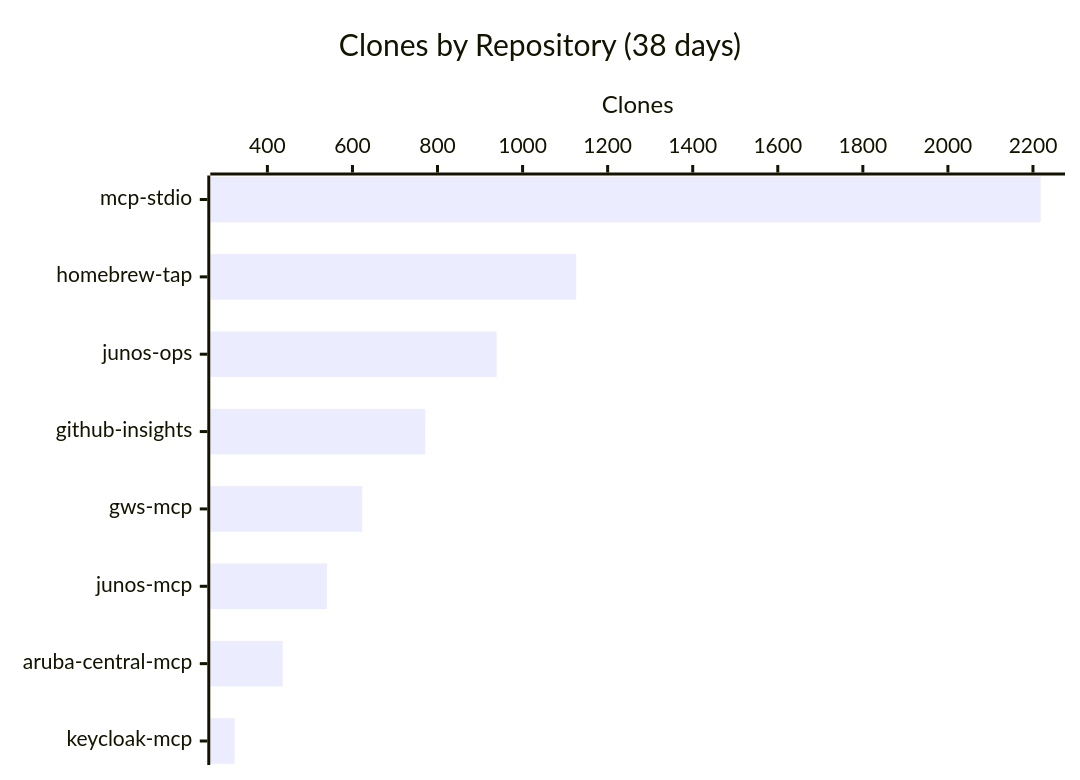
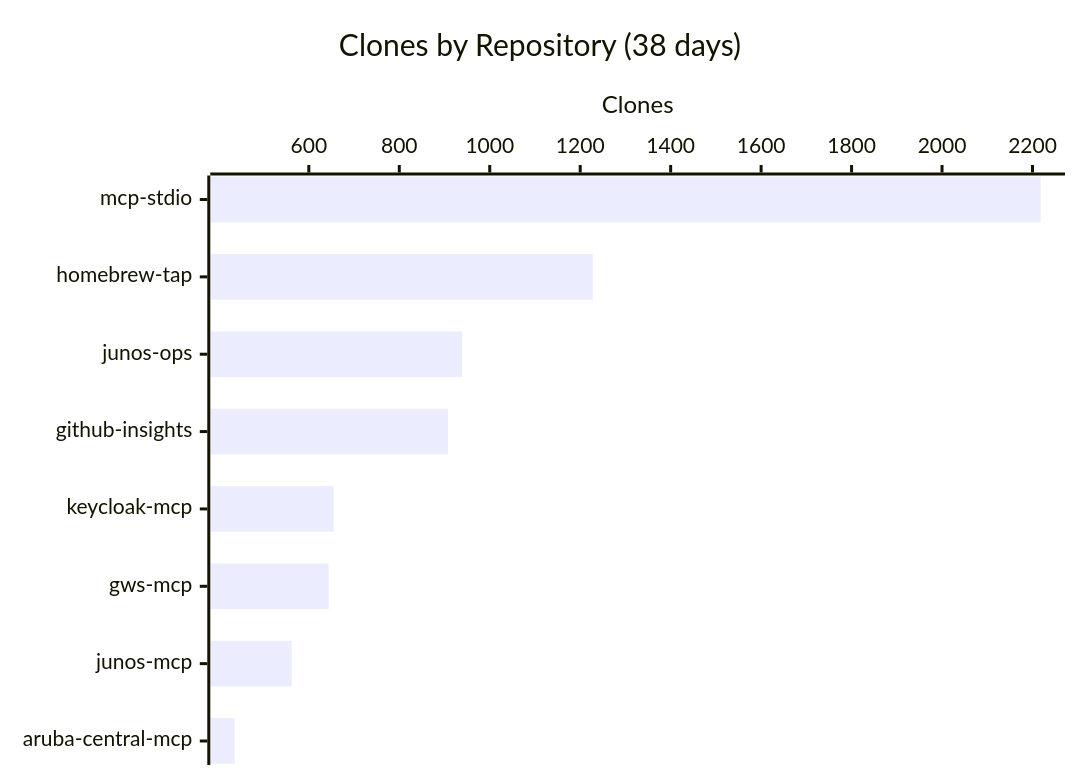
The third of 3 diagrams in README.md (shigechika/github-insights), drawn with Mermaid before and after one commit. The commit also changed other lines of this file and 1 other file, not shown here.

````diff
--- a/README.md
+++ b/README.md
@@ -36,7 +36,7 @@
 ```mermaid
 xychart-beta horizontal
     title "Clones by Repository (38 days)"
-    x-axis ["mcp-stdio", "homebrew-tap", "junos-ops", "github-insights", "gws-mcp", "junos-mcp", "aruba-central-mcp", "keycloak-mcp"]
+    x-axis ["mcp-stdio", "homebrew-tap", "junos-ops", "github-insights", "keycloak-mcp", "gws-mcp", "junos-mcp", "aruba-central-mcp"]
     y-axis "Clones"
-    bar [2218, 1126, 939, 771, 623, 540, 436, 323]
+    bar [2218, 1228, 939, 908, 655, 644, 562, 436]
 ```
````
